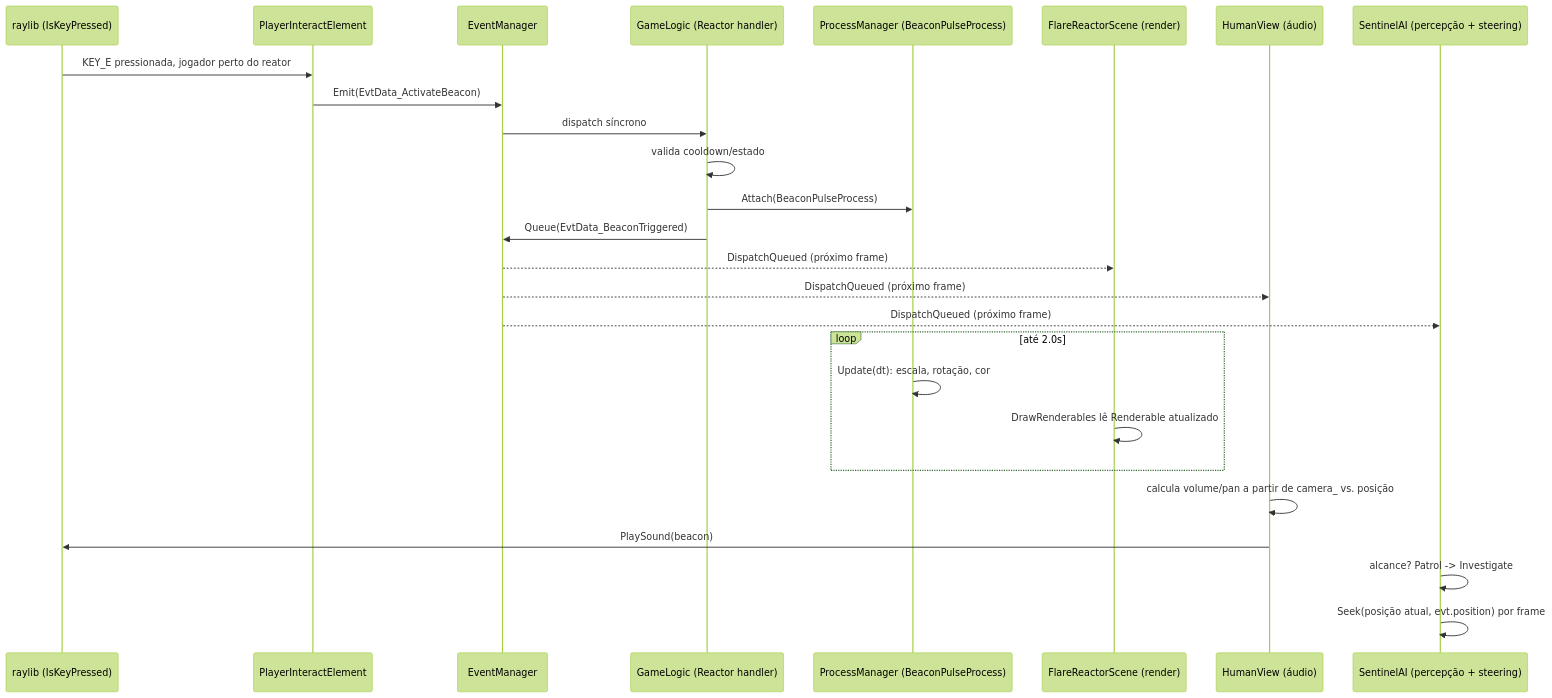
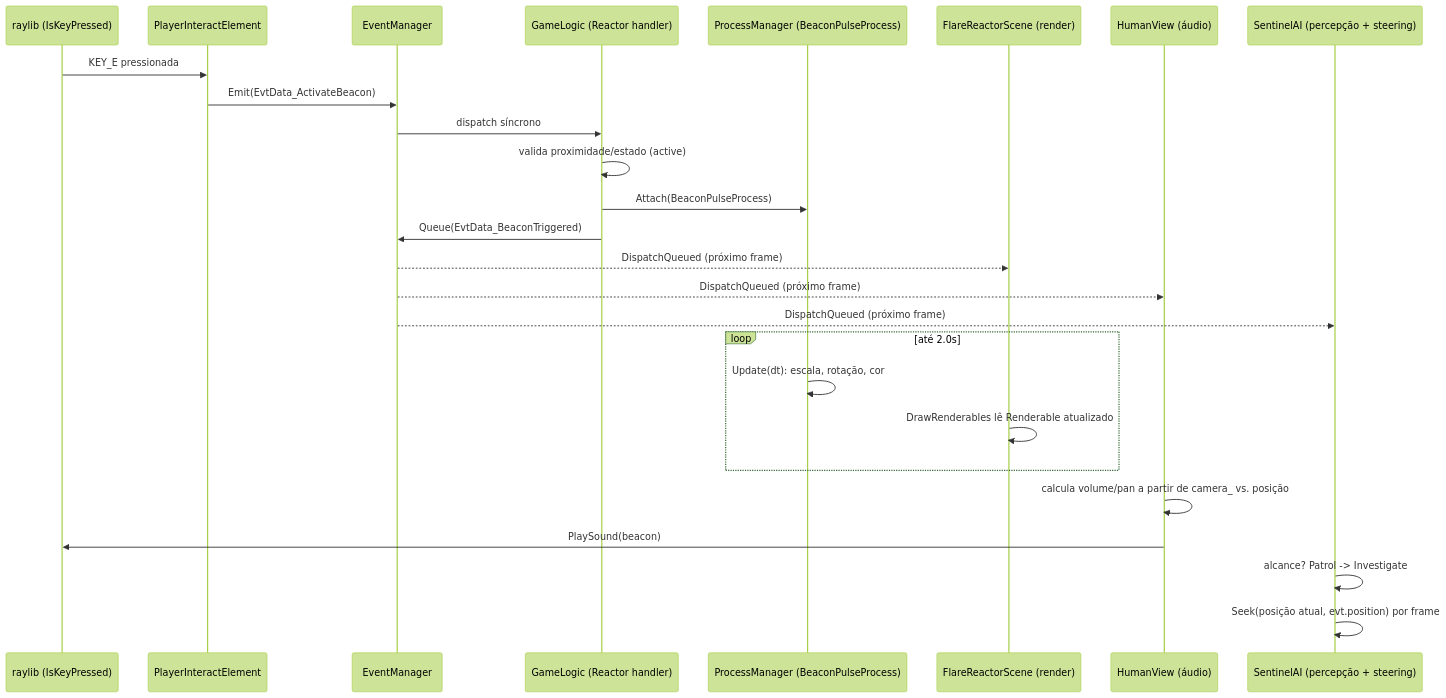
The diagram in docs/rfc/0001-flare-reactor-pipeline-experiment.md (diego3/frame-3), drawn with Mermaid (forest theme) before and after one commit. The commit also changed other lines of this file and 11 other files, not shown here.

````diff
--- a/docs/rfc/0001-flare-reactor-pipeline-experiment.md
+++ b/docs/rfc/0001-flare-reactor-pipeline-experiment.md
@@ -421,29 +443,29 @@
 ```mermaid
 sequenceDiagram
     participant Input as raylib (IsKeyPressed)
     participant PIE as PlayerInteractElement
     participant EM as EventManager
     participant GL as GameLogic (Reactor handler)
     participant PM as ProcessManager (BeaconPulseProcess)
     participant Scene as FlareReactorScene (render)
     participant HV as HumanView (áudio)
     participant AI as SentinelAI (percepção + steering)
 
-    Input->>PIE: KEY_E pressionada, jogador perto do reator
+    Input->>PIE: KEY_E pressionada
     PIE->>EM: Emit(EvtData_ActivateBeacon)
     EM->>GL: dispatch síncrono
-    GL->>GL: valida cooldown/estado
+    GL->>GL: valida proximidade/estado (active)
     GL->>PM: Attach(BeaconPulseProcess)
     GL->>EM: Queue(EvtData_BeaconTriggered)
     EM-->>Scene: DispatchQueued (próximo frame)
     EM-->>HV: DispatchQueued (próximo frame)
     EM-->>AI: DispatchQueued (próximo frame)
     loop até 2.0s
         PM->>PM: Update(dt): escala, rotação, cor
         Scene->>Scene: DrawRenderables lê Renderable atualizado
     end
     HV->>HV: calcula volume/pan a partir de camera_ vs. posição
     HV->>Input: PlaySound(beacon)
     AI->>AI: alcance? Patrol -> Investigate
     AI->>AI: Seek(posição atual, evt.position) por frame
 ```
````
